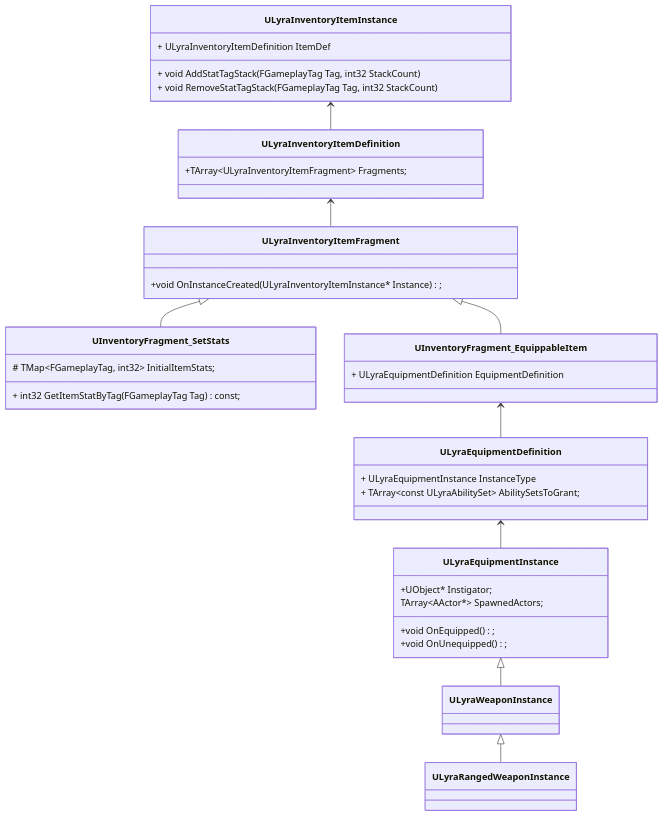
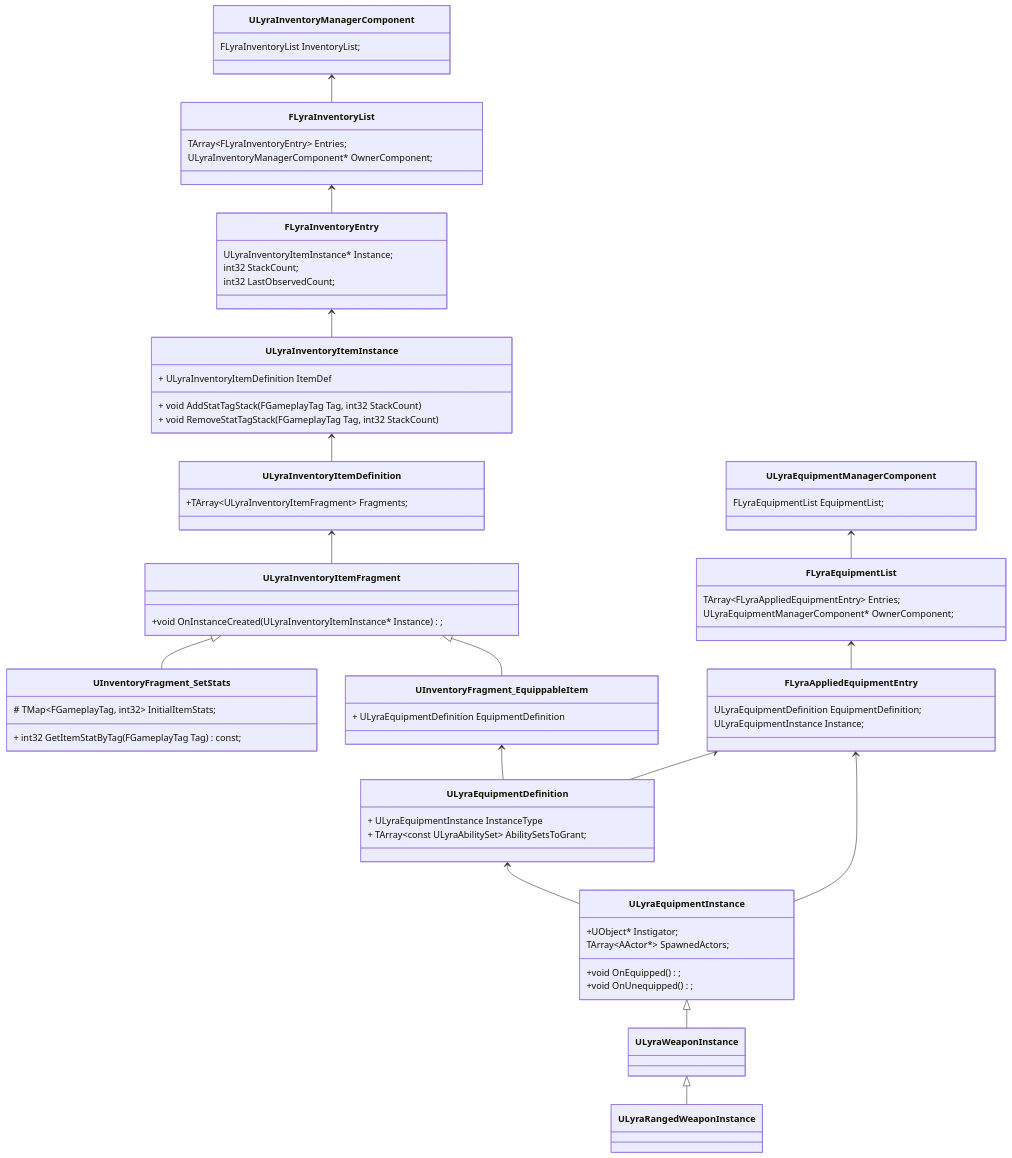
The first of 2 diagrams in 类图.md (sherererlock/LearnLyra), drawn with Mermaid before and after one commit. The commit also changed 34 other files, not shown here.

````diff
--- a/类图.md
+++ b/类图.md
@@ -51,4 +51,44 @@
 ULyraWeaponInstance<|--ULyraRangedWeaponInstance
 
 UInventoryFragment_EquippableItem<--ULyraEquipmentDefinition
+
+class FLyraAppliedEquipmentEntry{
+	ULyraEquipmentDefinition EquipmentDefinition;
+	ULyraEquipmentInstance Instance;
+}
+
+class FLyraEquipmentList{
+	TArray~FLyraAppliedEquipmentEntry~ Entries;
+	ULyraEquipmentManagerComponent* OwnerComponent;
+}
+
+class ULyraEquipmentManagerComponent{
+	FLyraEquipmentList EquipmentList;
+}
+
+FLyraAppliedEquipmentEntry<--ULyraEquipmentDefinition
+FLyraAppliedEquipmentEntry<--ULyraEquipmentInstance
+
+FLyraEquipmentList<--FLyraAppliedEquipmentEntry
+ULyraEquipmentManagerComponent<--FLyraEquipmentList
+
+class FLyraInventoryEntry{
+	ULyraInventoryItemInstance* Instance;
+	int32 StackCount;
+	int32 LastObservedCount;
+}
+
+class FLyraInventoryList{
+	TArray~FLyraInventoryEntry~ Entries;
+	ULyraInventoryManagerComponent* OwnerComponent;
+}
+
+class ULyraInventoryManagerComponent{
+	FLyraInventoryList InventoryList;
+}
+
+FLyraInventoryEntry<-- ULyraInventoryItemInstance
+FLyraInventoryList<--FLyraInventoryEntry
+ULyraInventoryManagerComponent<--FLyraInventoryList
+
 ```
````
